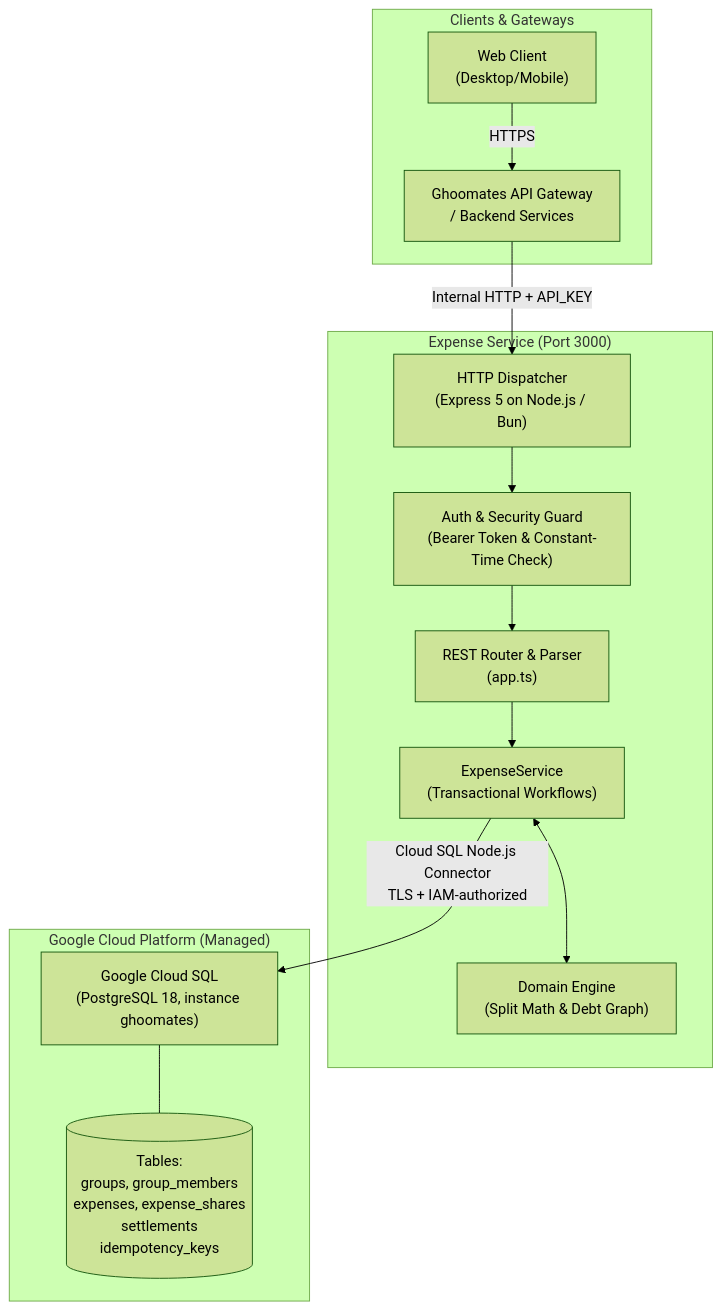
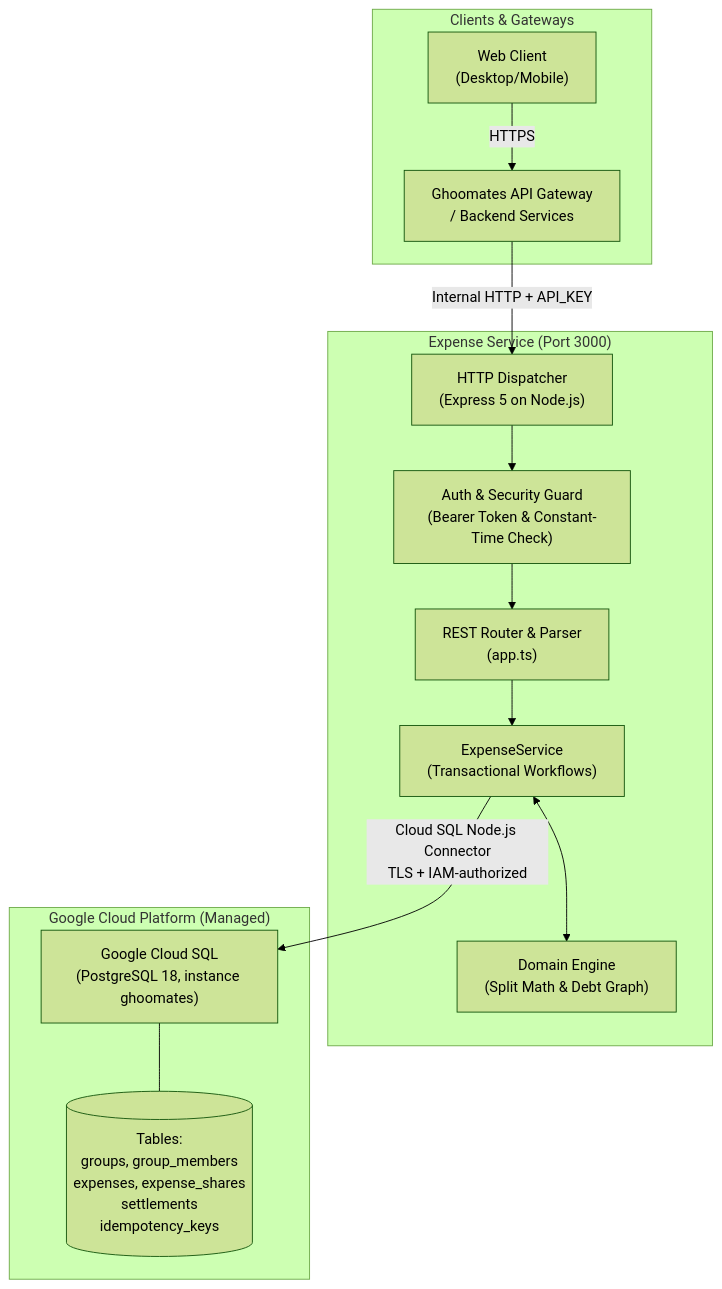
The first of 3 diagrams in backend/docs/expenses-architecture.md (sourabhbagrecha/ghoomMates), drawn with Mermaid (forest theme) before and after one commit. The commit also changed other lines of this file and 19 other files, not shown here.

First line of the commit message:
chore: migrate backend from Bun to Node.js and add unified dev runner

````diff
--- a/backend/docs/expenses-architecture.md
+++ b/backend/docs/expenses-architecture.md
@@ -23,29 +23,29 @@
 ```mermaid
 flowchart TD
     subgraph Clients["Clients & Gateways"]
         Web["Web Client\n(Desktop/Mobile)"]
         Gateway["Ghoomates API Gateway\n/ Backend Services"]
     end
 
     subgraph Service["Expense Service (Port 3000)"]
-        HTTP["HTTP Dispatcher\n(Express 5 on Node.js / Bun)"]
+        HTTP["HTTP Dispatcher\n(Express 5 on Node.js)"]
         Auth["Auth & Security Guard\n(Bearer Token & Constant-Time Check)"]
         Router["REST Router & Parser\n(app.ts)"]
         Domain["Domain Engine\n(Split Math & Debt Graph)"]
         ServiceLayer["ExpenseService\n(Transactional Workflows)"]
     end
 
     subgraph Storage["Google Cloud Platform (Managed)"]
         CloudSQL["Google Cloud SQL\n(PostgreSQL 18, instance ghoomates)"]
         Tables[("Tables:\ngroups, group_members\nexpenses, expense_shares\nsettlements\nidempotency_keys")]
     end
 
     Web -->|HTTPS| Gateway
     Gateway -->|Internal HTTP + API_KEY| HTTP
     HTTP --> Auth
     Auth --> Router
     Router --> ServiceLayer
     ServiceLayer <--> Domain
     ServiceLayer -->|Cloud SQL Node.js Connector\nTLS + IAM-authorized| CloudSQL
     CloudSQL --- Tables
 ```
````
